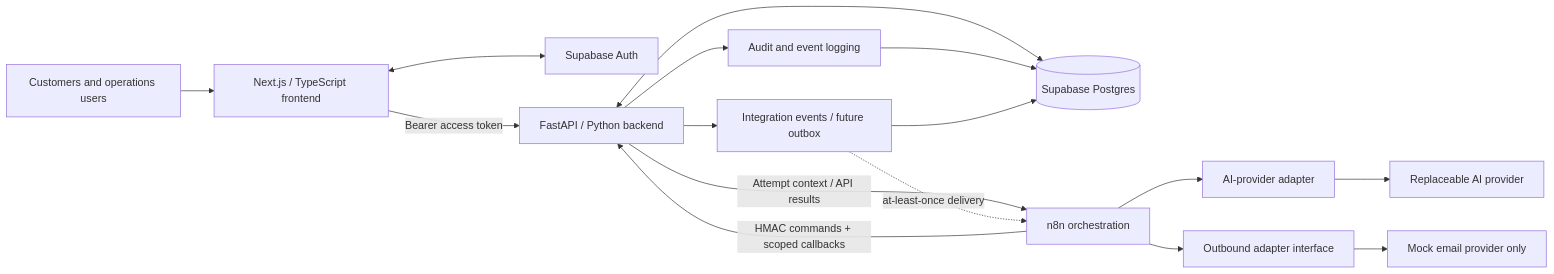
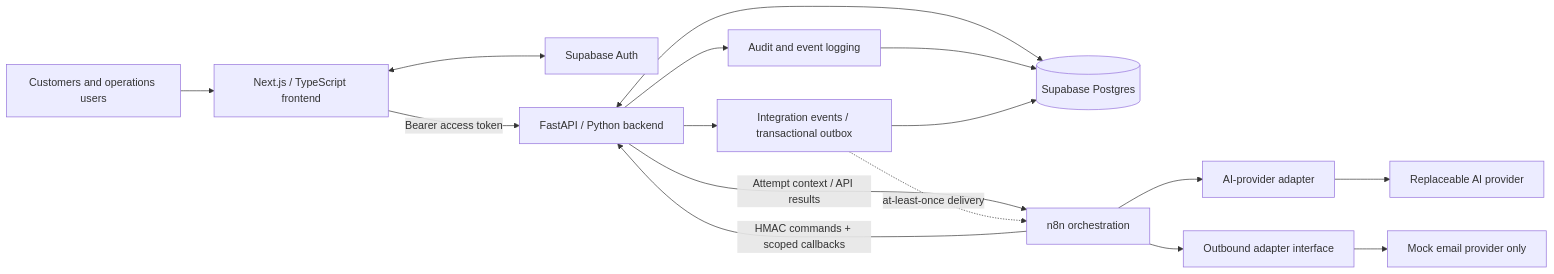
Before and after one commit to Ivorocious/AI-oas: the diagram in docs/architecture.md, drawn with Mermaid. The commit also changed other lines of this file and 9 other files, not shown here.

````diff
--- a/docs/architecture.md
+++ b/docs/architecture.md
@@ -9,18 +9,18 @@
 ```mermaid
 flowchart LR
     U["Customers and operations users"] --> F["Next.js / TypeScript frontend"]
     F <--> S["Supabase Auth"]
     F -->|Bearer access token| B["FastAPI / Python backend"]
     B <--> D[("Supabase Postgres")]
     B -->|Attempt context / API results| N["n8n orchestration"]
     N --> A["AI-provider adapter"]
     A --> AP["Replaceable AI provider"]
     N -->|HMAC commands + scoped callbacks| B
     N --> O["Outbound adapter interface"]
     O --> M["Mock email provider only"]
     B --> E["Audit and event logging"]
     E --> D
-    B --> X["Integration events / future outbox"]
+    B --> X["Integration events / transactional outbox"]
     X --> D
     X -.->|at-least-once delivery| N
 ```
````
